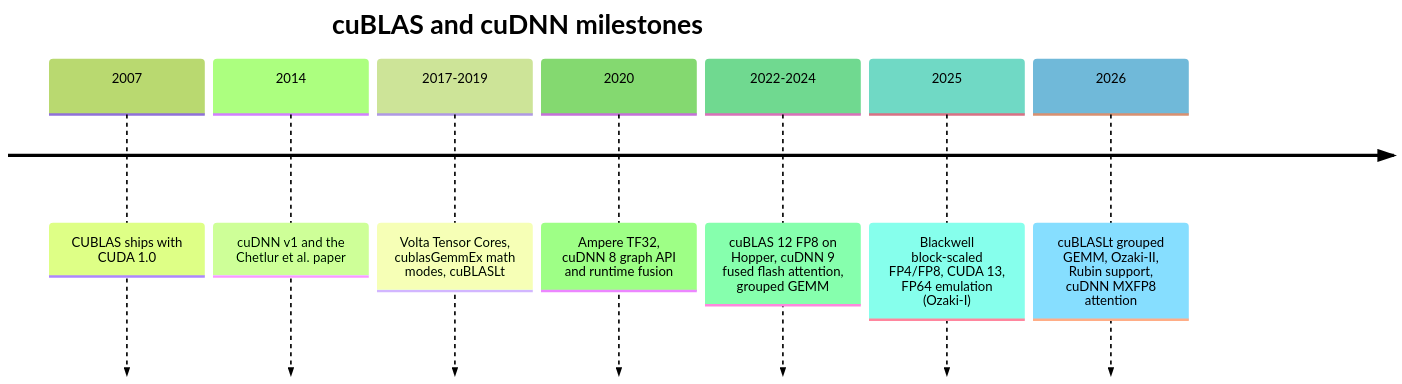
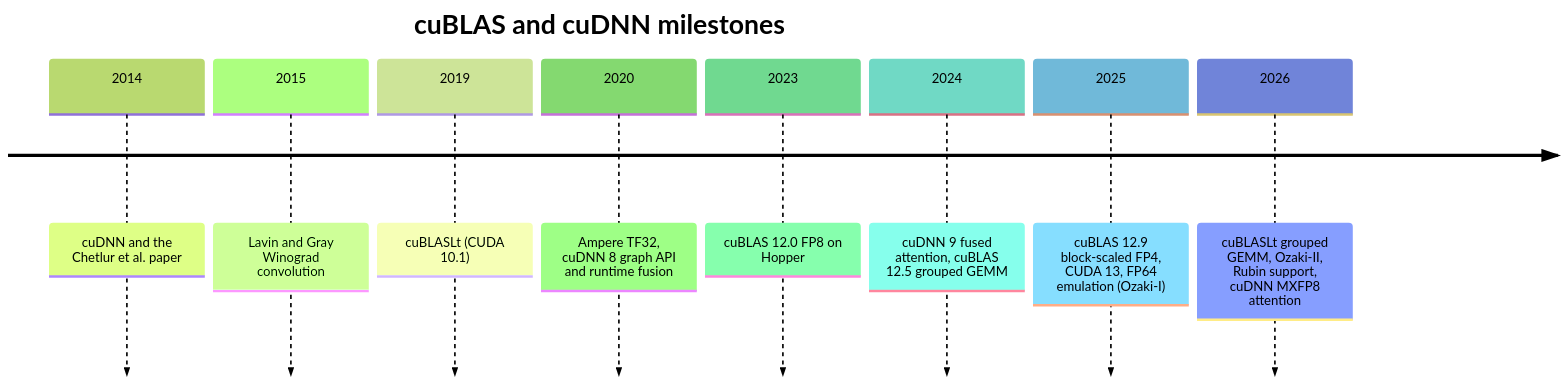
One commit to ImRuliad/Library-of-Alexandria changed the first of 2 diagrams in GPU Programming/Libraries/cuBLAS and cuDNN/cuBLAS and cuDNN.md. Above: the diagram before and after it, drawn with Mermaid (forest theme). The commit also changed other lines of this file, not shown here.

First line of the commit message:
cuBLAS and cuDNN: fact-check pass (status: complete)

````diff
--- a/GPU Programming/Libraries/cuBLAS and cuDNN/cuBLAS and cuDNN.md
+++ b/GPU Programming/Libraries/cuBLAS and cuDNN/cuBLAS and cuDNN.md
@@ -127,11 +137,12 @@
 ```mermaid
 timeline
     title cuBLAS and cuDNN milestones
-    2007 : CUBLAS ships with CUDA 1.0
-    2014 : cuDNN v1 and the Chetlur et al. paper
-    2017-2019 : Volta Tensor Cores, cublasGemmEx math modes, cuBLASLt
+    2014 : cuDNN and the Chetlur et al. paper
+    2015 : Lavin and Gray Winograd convolution
+    2019 : cuBLASLt (CUDA 10.1)
     2020 : Ampere TF32, cuDNN 8 graph API and runtime fusion
-    2022-2024 : cuBLAS 12 FP8 on Hopper, cuDNN 9 fused flash attention, grouped GEMM
-    2025 : Blackwell block-scaled FP4/FP8, CUDA 13, FP64 emulation (Ozaki-I)
+    2023 : cuBLAS 12.0 FP8 on Hopper
+    2024 : cuDNN 9 fused attention, cuBLAS 12.5 grouped GEMM
+    2025 : cuBLAS 12.9 block-scaled FP4, CUDA 13, FP64 emulation (Ozaki-I)
     2026 : cuBLASLt grouped GEMM, Ozaki-II, Rubin support, cuDNN MXFP8 attention
 ```
````
